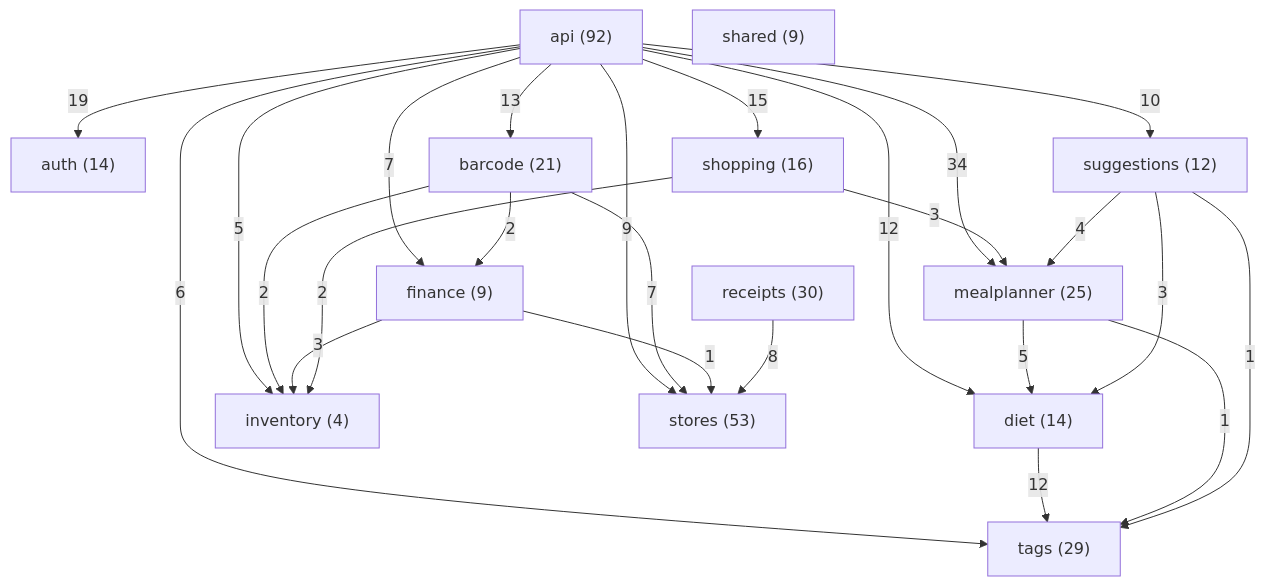
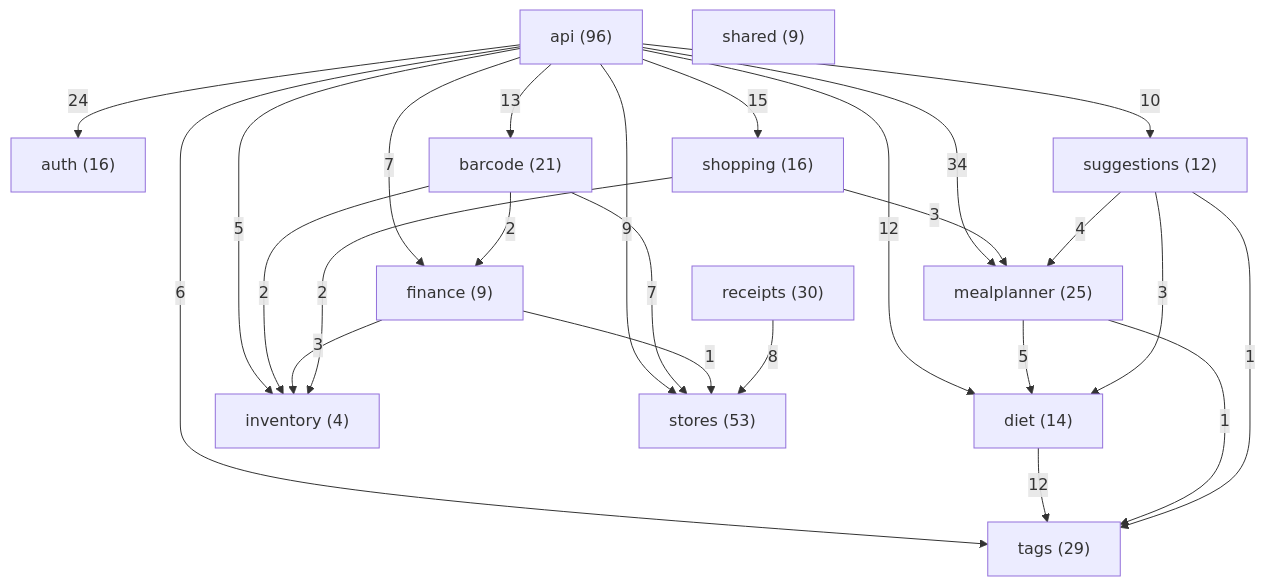
The diagram in docs/classes/README.md (Nate-ryan-7690/dahaem), drawn with Mermaid before and after one commit. The commit also changed other lines of this file and 4 other files, not shown here.

````diff
--- a/docs/classes/README.md
+++ b/docs/classes/README.md
@@ -9,40 +9,40 @@
 ```mermaid
 flowchart TD
-    api["api (92)"]
-    auth["auth (14)"]
+    api["api (96)"]
+    auth["auth (16)"]
     barcode["barcode (21)"]
     diet["diet (14)"]
     finance["finance (9)"]
     inventory["inventory (4)"]
     mealplanner["mealplanner (25)"]
     receipts["receipts (30)"]
     shared["shared (9)"]
     shopping["shopping (16)"]
     stores["stores (53)"]
     suggestions["suggestions (12)"]
     tags["tags (29)"]
-    api -->|19| auth
+    api -->|24| auth
     api -->|13| barcode
     api -->|12| diet
     api -->|7| finance
     api -->|5| inventory
     api -->|34| mealplanner
     api -->|15| shopping
     api -->|9| stores
     api -->|10| suggestions
     api -->|6| tags
     barcode -->|2| finance
     barcode -->|2| inventory
     barcode -->|7| stores
     diet -->|12| tags
     finance -->|3| inventory
     finance -->|1| stores
     mealplanner -->|5| diet
     mealplanner -->|1| tags
     receipts -->|8| stores
     shopping -->|2| inventory
     shopping -->|3| mealplanner
     suggestions -->|3| diet
     suggestions -->|4| mealplanner
     suggestions -->|1| tags
 ```
````
